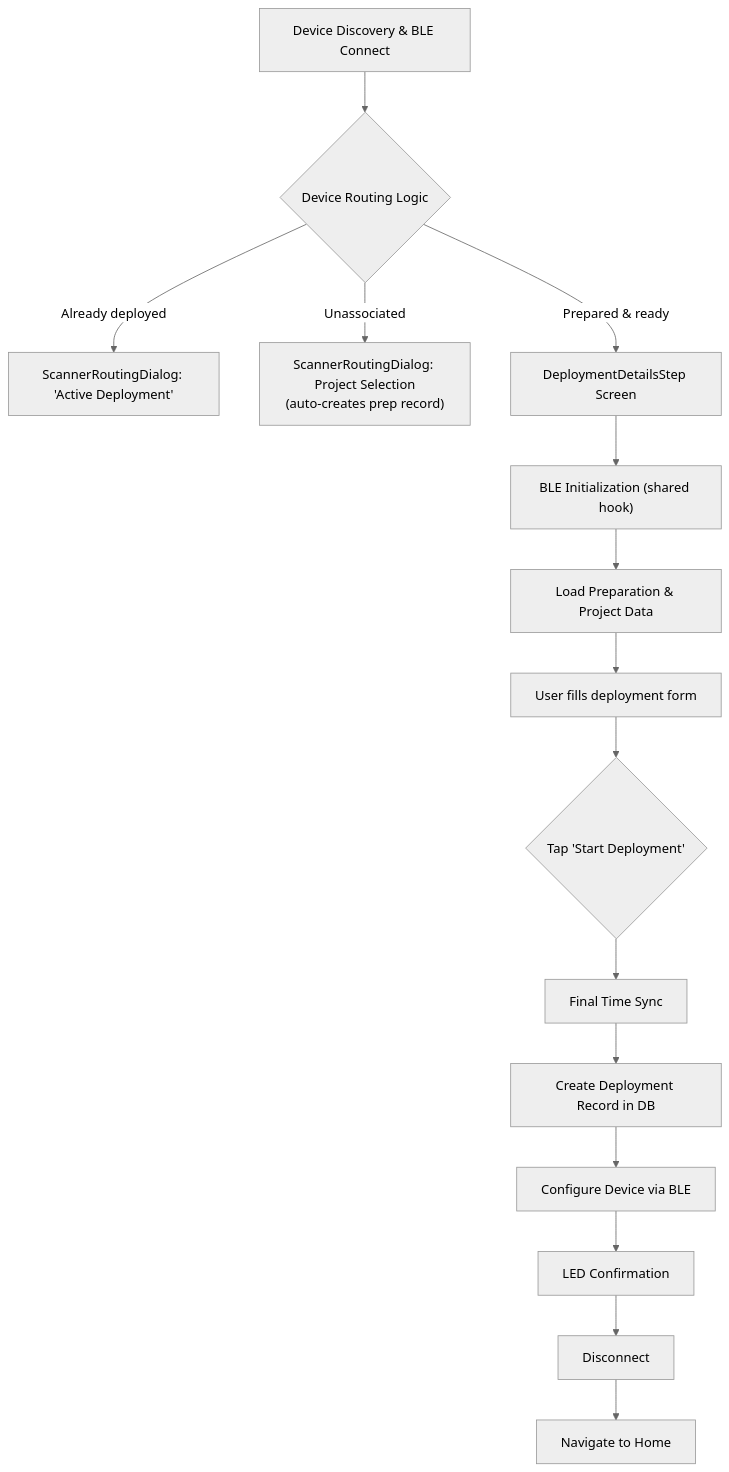
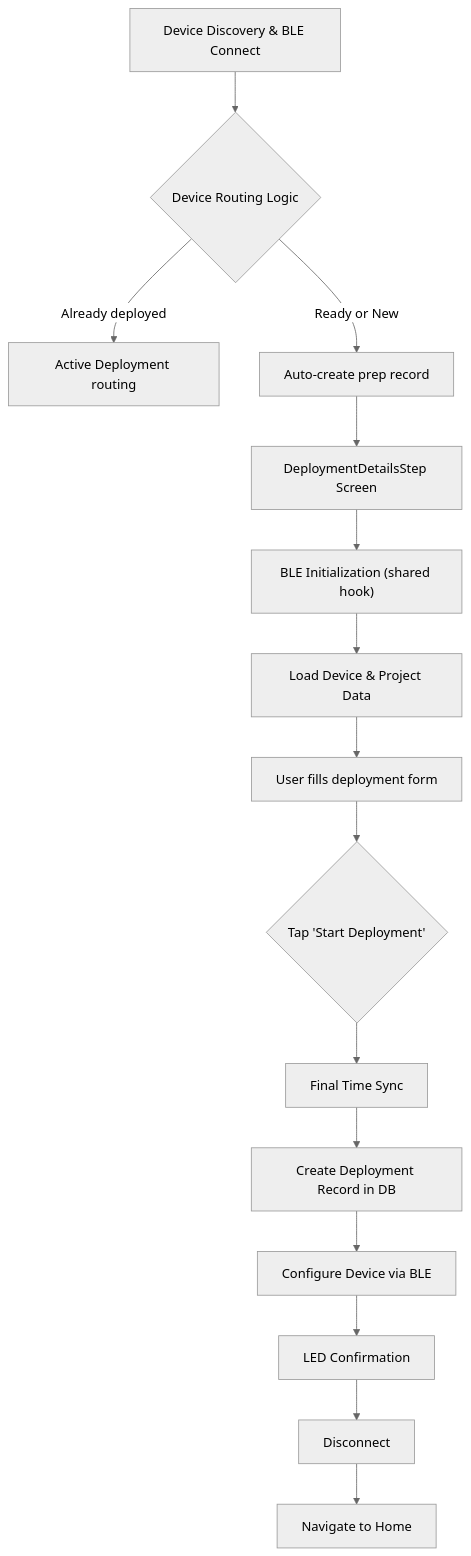
Before and after one commit to wildlifeai/ww-mobile-app: the second of 3 diagrams in documentation/onboarding/04-DEVICE-FLOWS.md, drawn with Mermaid (neutral theme). The commit also changed other lines of this file and 48 other files, not shown here.

First line of the commit message:
feat(deployments): complete deprecation of device_preparation domain and capture device snapshots dynamically

````diff
--- a/documentation/onboarding/04-DEVICE-FLOWS.md
+++ b/documentation/onboarding/04-DEVICE-FLOWS.md
@@ -68,18 +64,18 @@
 ```mermaid
 flowchart TD
     A["Device Discovery & BLE Connect"] --> B{"Device Routing Logic"}
-    B -- "Already deployed" --> C["ScannerRoutingDialog: 'Active Deployment'"]
-    B -- "Unassociated" --> D["ScannerRoutingDialog: Project Selection<br/>(auto-creates prep record)"]
-    B -- "Prepared & ready" --> E["DeploymentDetailsStep Screen"]
+    B -- "Already deployed" --> C["Active Deployment routing"]
+    B -- "Ready or New" --> D["Auto-create prep record"]
+    D --> E["DeploymentDetailsStep Screen"]
     
     E --> F["BLE Initialization (shared hook)"]
-    F --> G["Load Preparation & Project Data"]
+    F --> G["Load Device & Project Data"]
     G --> H["User fills deployment form"]
     H --> I{"Tap 'Start Deployment'"}
     I --> J["Final Time Sync"]
     J --> K["Create Deployment Record in DB"]
     K --> L["Configure Device via BLE"]
     L --> M["LED Confirmation"]
     M --> N["Disconnect"]
     N --> O["Navigate to Home"]
 ```
````
